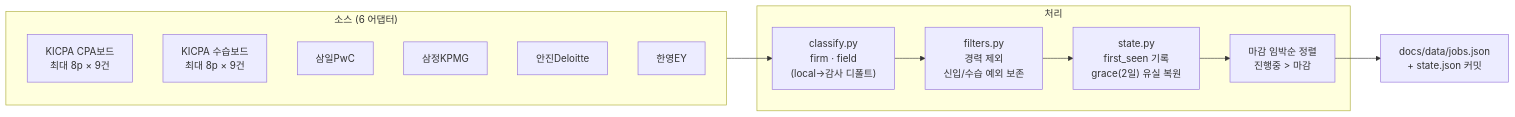
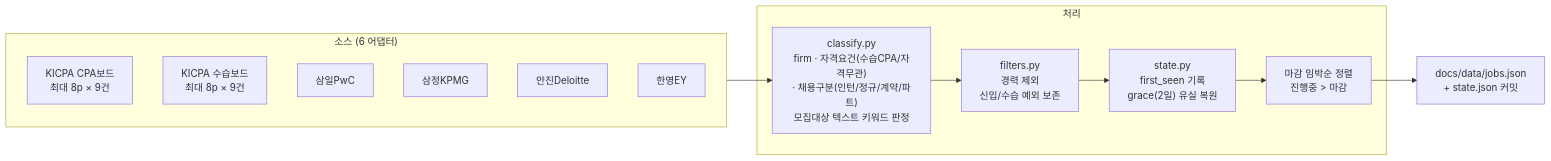
One commit to jaehyuk-choi-KICPA/KICPA_CAREER_HUB_SITE changed the second of 5 diagrams in docs-meta/WORKFLOW.md. Above: the diagram before and after it, drawn with Mermaid. The commit also changed other lines of this file and 5 other files, not shown here.

First line of the commit message:
docs: v1.1 문서 교차 갱신 — 자격요건/채용구분·채용알림(웹푸시)·monitor 통합

````diff
--- a/docs-meta/WORKFLOW.md
+++ b/docs-meta/WORKFLOW.md
@@ -84,22 +86,22 @@
 ```mermaid
 flowchart LR
     subgraph SRC["소스 (6 어댑터)"]
         K1["KICPA CPA보드<br/>최대 8p × 9건"]
         K2["KICPA 수습보드<br/>최대 8p × 9건"]
         S["삼일PwC"]
         SJ["삼정KPMG"]
         A["안진Deloitte"]
         H["한영EY"]
     end
 
     subgraph PROC["처리"]
-        C["classify.py<br/>firm · field<br/>(local→감사 디폴트)"]
+        C["classify.py<br/>firm · 자격요건(수습CPA/자격무관)<br/>· 채용구분(인턴/정규/계약/파트)<br/>모집대상 텍스트 키워드 판정"]
         F["filters.py<br/>경력 제외<br/>신입/수습 예외 보존"]
         ST["state.py<br/>first_seen 기록<br/>grace(2일) 유실 복원"]
         SORT["마감 임박순 정렬<br/>진행중 > 마감"]
     end
 
     OUT["docs/data/jobs.json<br/>+ state.json 커밋"]
 
     SRC --> C --> F --> ST --> SORT --> OUT
 ```
````
